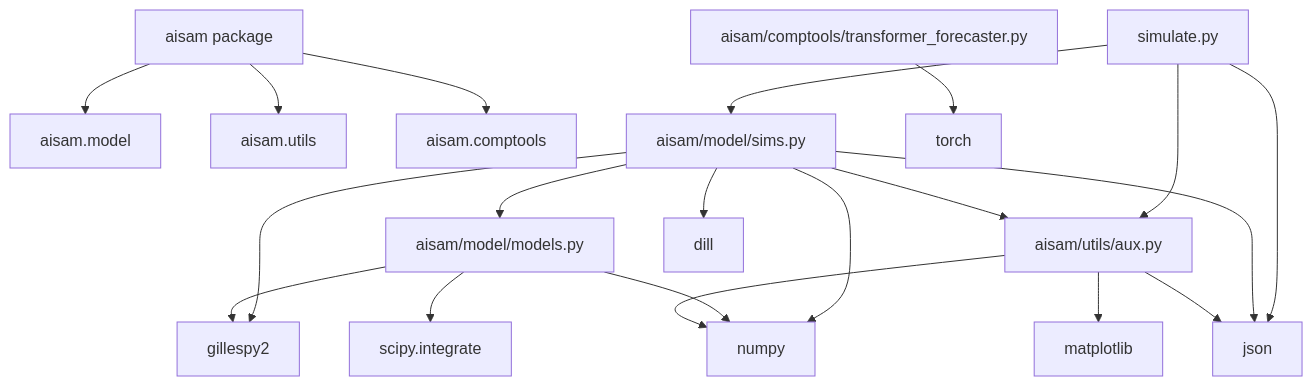
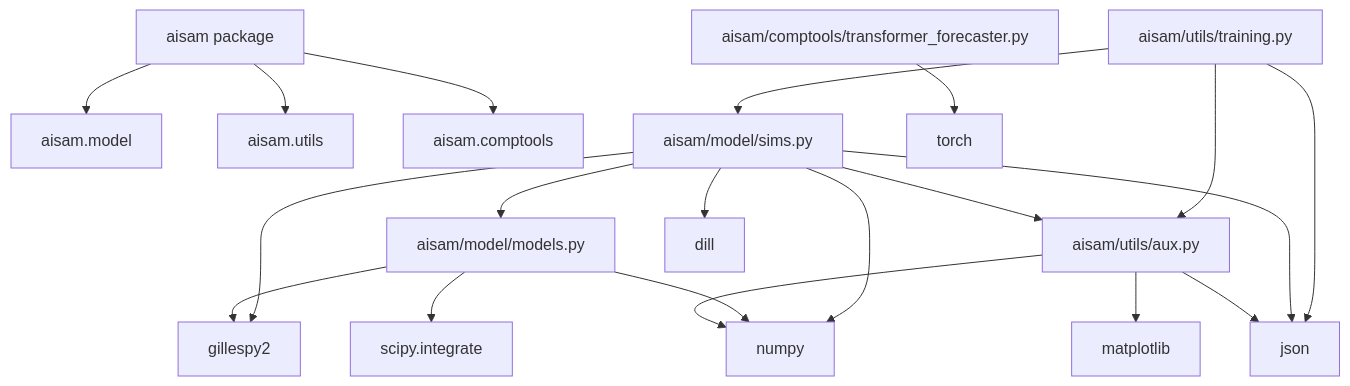
The second of 4 diagrams in README.md (mhossein7/aisam), drawn with Mermaid before and after one commit. The commit also changed other lines of this file and 5 other files, not shown here.

Commit message:
consolidated training.py and simulate.py for streamlined simulation

````diff
--- a/README.md
+++ b/README.md
@@ -5,47 +45,46 @@
 ```mermaid
 graph TD
-    simulate_py[simulate.py]
-
     aisam[aisam package]
     model_pkg[aisam.model]
     utils_pkg[aisam.utils]
     comptools_pkg[aisam.comptools]
 
+    training_py[aisam/utils/training.py]
     sims_py[aisam/model/sims.py]
     models_py[aisam/model/models.py]
     aux_py[aisam/utils/aux.py]
     tf_py[aisam/comptools/transformer_forecaster.py]
 
     gillespy2[gillespy2]
     numpy[numpy]
     scipy[scipy.integrate]
     torch[torch]
     matplotlib[matplotlib]
     dill[dill]
     json[json]
 
-    simulate_py --> sims_py
-    simulate_py --> aux_py
-    simulate_py --> json
+    training_py --> sims_py
+    training_py --> aux_py
+    training_py --> json
 
     aisam --> model_pkg
     aisam --> utils_pkg
     aisam --> comptools_pkg
 
     sims_py --> models_py
     sims_py --> aux_py
     sims_py --> gillespy2
     sims_py --> numpy
     sims_py --> dill
     sims_py --> json
 
     models_py --> gillespy2
     models_py --> numpy
     models_py --> scipy
 
     aux_py --> numpy
     aux_py --> matplotlib
     aux_py --> json
 
     tf_py --> torch
 ```
````
